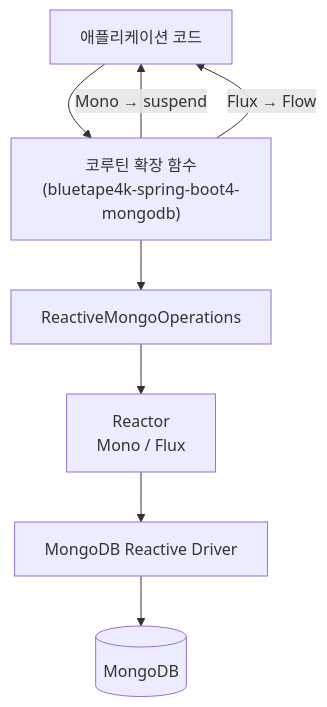
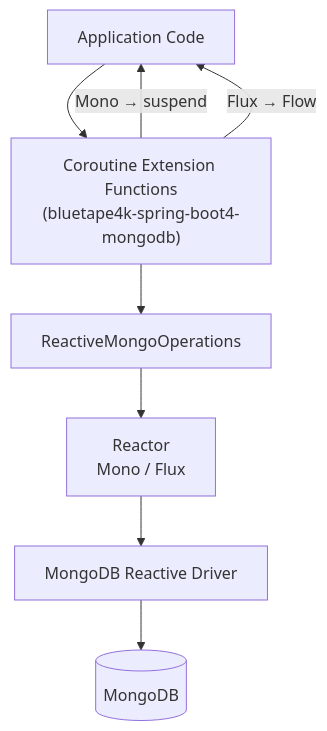
The second of 4 diagrams in spring-boot4/mongodb/README.md (bluetape4k/bluetape4k-projects), drawn with Mermaid before and after one commit. The commit also changed other lines of this file and 265 other files, not shown here.

````diff
--- a/spring-boot4/mongodb/README.md
+++ b/spring-boot4/mongodb/README.md
@@ -160,10 +161,10 @@
 ```mermaid
 flowchart TD
-    App["애플리케이션 코드"] --> Ext["코루틴 확장 함수<br/>(bluetape4k-spring-boot4-mongodb)"]
+    App["Application Code"] --> Ext["Coroutine Extension Functions<br/>(bluetape4k-spring-boot4-mongodb)"]
     Ext --> ROps["ReactiveMongoOperations"]
     ROps --> Reactor["Reactor<br/>Mono / Flux"]
     Reactor --> Driver["MongoDB Reactive Driver"]
     Driver --> MongoDB[("MongoDB")]
     Ext -- "Mono → suspend" --> App
     Ext -- "Flux → Flow" --> App
 ```
````
